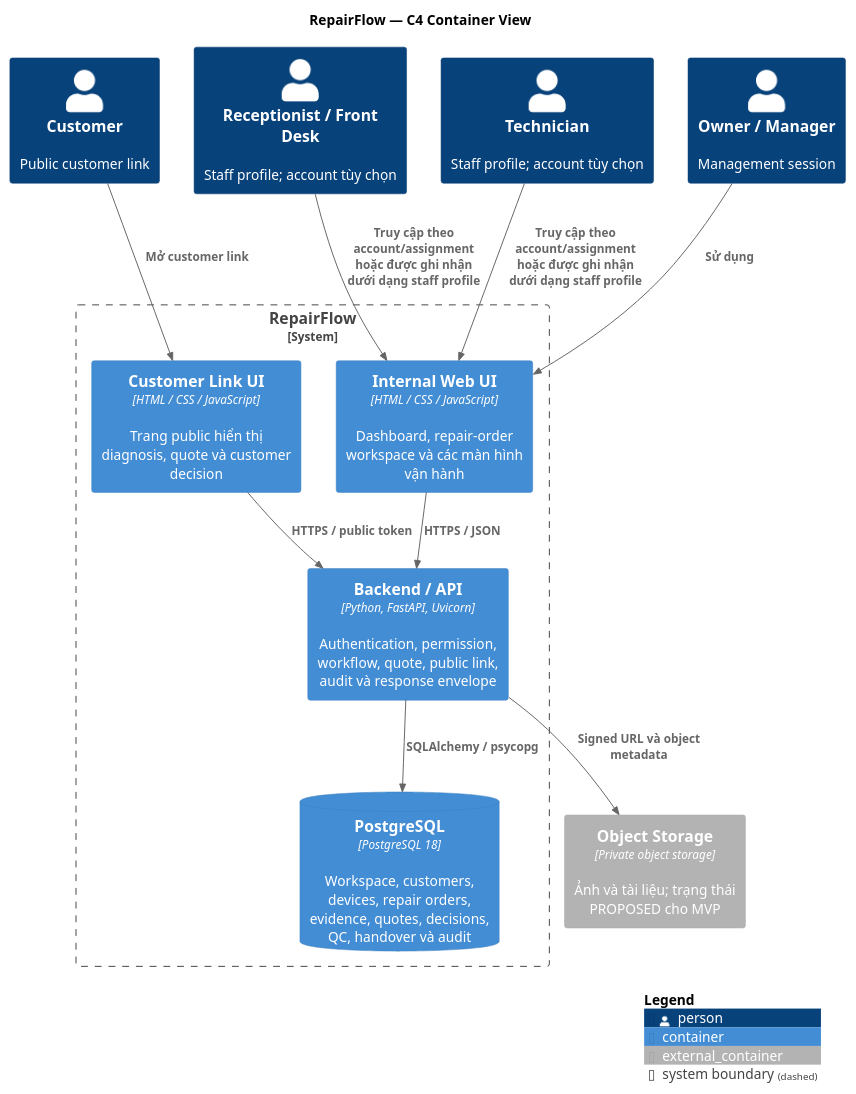
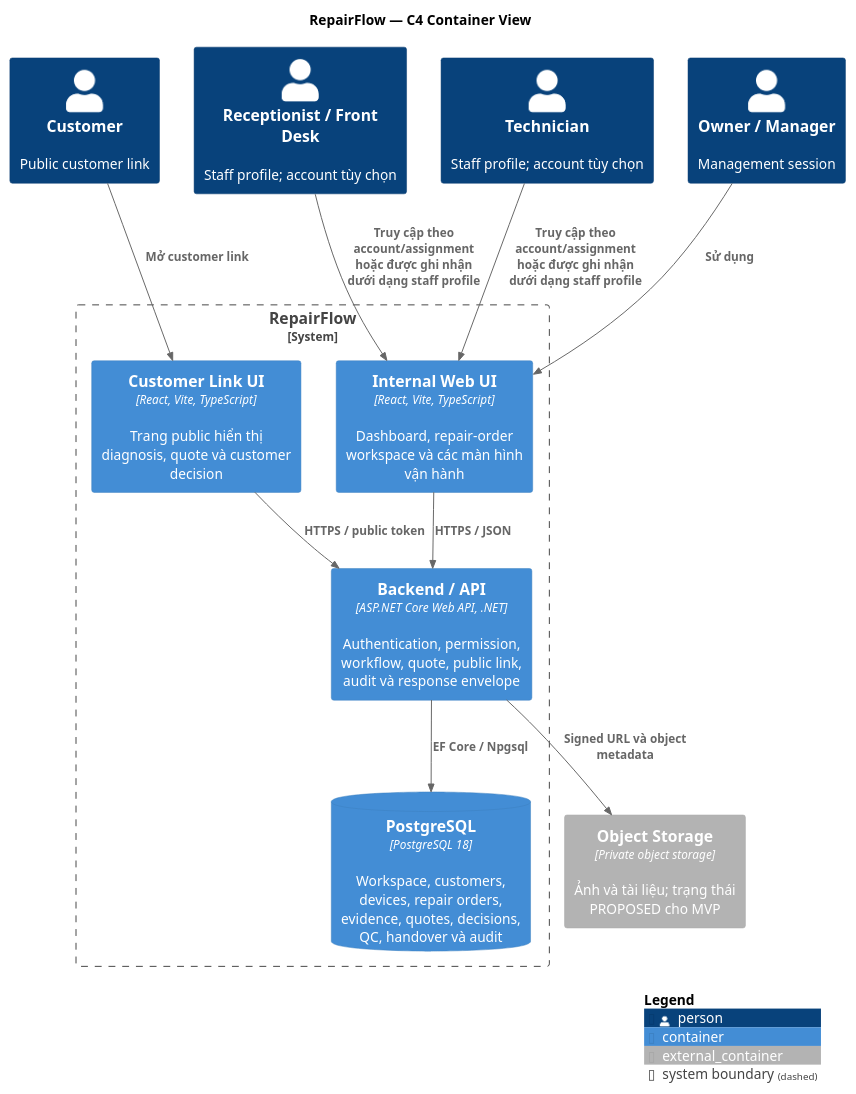
One commit to datdt03/DOTHANHDAT_INTERN_01278 changed the diagram in docs/v0/architecture/repairflow-c4-container.puml. Above: the diagram before and after it, drawn with PlantUML. The commit also changed 52 other files, not shown here.

First line of the commit message:
feat(api): implement access feature boundary for authentication and session

```diff
--- a/docs/v0/architecture/repairflow-c4-container.puml
+++ b/docs/v0/architecture/repairflow-c4-container.puml
@@ -1,31 +1,31 @@
 @startuml repairflow-c4-container
 !include <C4/C4_Container>
 
 LAYOUT_TOP_DOWN()
 title RepairFlow — C4 Container View
 
 Person(owner, "Owner / Manager", "Management session")
 Person(customer, "Customer", "Public customer link")
 Person(receptionist, "Receptionist / Front Desk", "Staff profile; account tùy chọn")
 Person(technician, "Technician", "Staff profile; account tùy chọn")
 
 System_Boundary(repairflow, "RepairFlow") {
-    Container(internalUi, "Internal Web UI", "HTML / CSS / JavaScript", "Dashboard, repair-order workspace và các màn hình vận hành")
-    Container(customerUi, "Customer Link UI", "HTML / CSS / JavaScript", "Trang public hiển thị diagnosis, quote và customer decision")
-    Container(api, "Backend / API", "Python, FastAPI, Uvicorn", "Authentication, permission, workflow, quote, public link, audit và response envelope")
+    Container(internalUi, "Internal Web UI", "React, Vite, TypeScript", "Dashboard, repair-order workspace và các màn hình vận hành")
+    Container(customerUi, "Customer Link UI", "React, Vite, TypeScript", "Trang public hiển thị diagnosis, quote và customer decision")
+    Container(api, "Backend / API", "ASP.NET Core Web API, .NET", "Authentication, permission, workflow, quote, public link, audit và response envelope")
     ContainerDb(database, "PostgreSQL", "PostgreSQL 18", "Workspace, customers, devices, repair orders, evidence, quotes, decisions, QC, handover và audit")
 }
 
 Container_Ext(objectStorage, "Object Storage", "Private object storage", "Ảnh và tài liệu; trạng thái PROPOSED cho MVP")
 
 Rel(owner, internalUi, "Sử dụng")
 Rel(receptionist, internalUi, "Truy cập theo account/assignment hoặc được ghi nhận dưới dạng staff profile")
 Rel(technician, internalUi, "Truy cập theo account/assignment hoặc được ghi nhận dưới dạng staff profile")
 Rel(customer, customerUi, "Mở customer link")
 Rel(internalUi, api, "HTTPS / JSON")
 Rel(customerUi, api, "HTTPS / public token")
-Rel(api, database, "SQLAlchemy / psycopg")
+Rel(api, database, "EF Core / Npgsql")
 Rel(api, objectStorage, "Signed URL và object metadata")
 
 SHOW_LEGEND()
 @enduml
```
